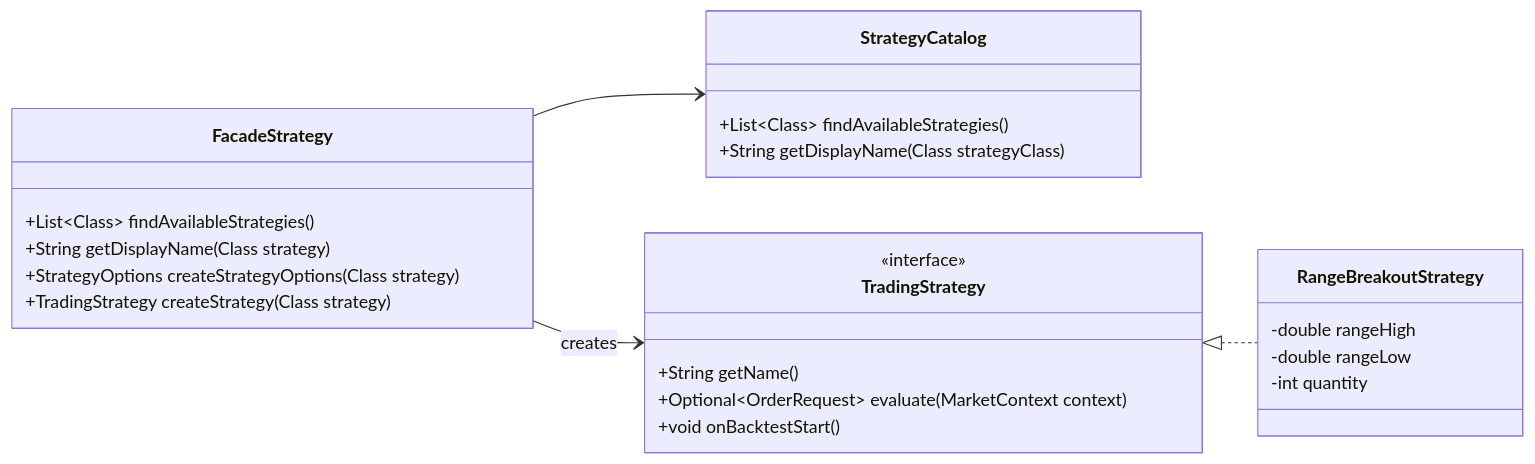
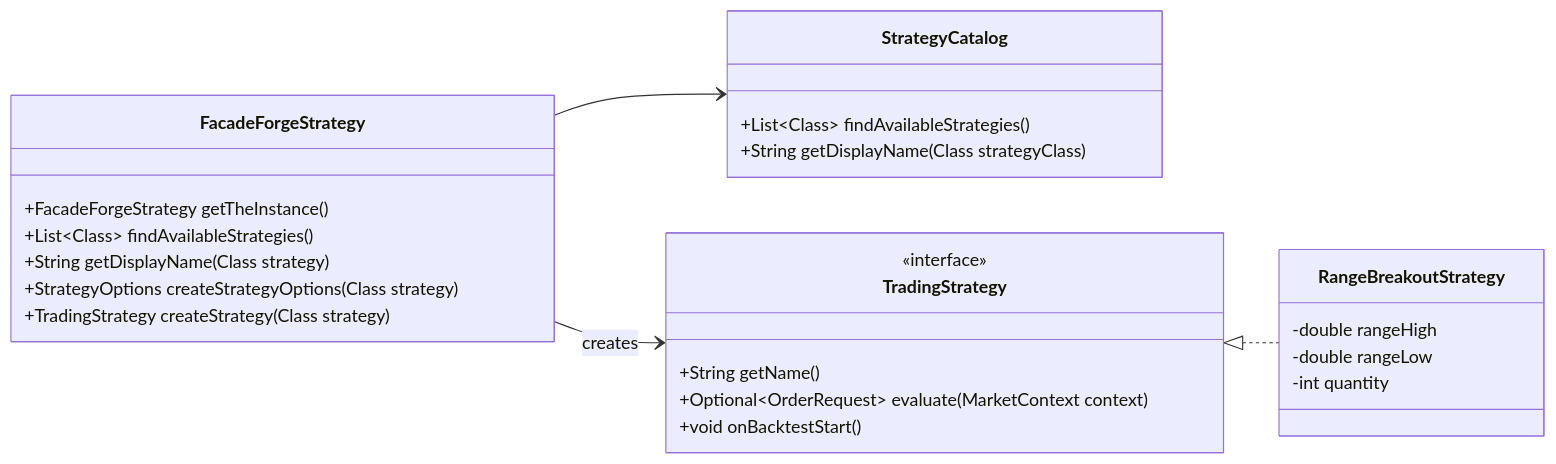
The sixth of 12 diagrams in class-model.md (probst-paul/FORGE), drawn with Mermaid before and after one commit. The commit also changed other lines of this file and 13 other files, not shown here.

First line of the commit message:
Rename facades to FacadeForge* and add singletons

````diff
--- a/class-model.md
+++ b/class-model.md
@@ -295,33 +298,34 @@
 ```mermaid
 classDiagram
     direction LR
 
-    class FacadeStrategy {
+    class FacadeForgeStrategy {
+        +FacadeForgeStrategy getTheInstance()
         +List~Class~ findAvailableStrategies()
         +String getDisplayName(Class strategy)
         +StrategyOptions createStrategyOptions(Class strategy)
         +TradingStrategy createStrategy(Class strategy)
     }
 
     class StrategyCatalog {
         +List~Class~ findAvailableStrategies()
         +String getDisplayName(Class strategyClass)
     }
 
     class TradingStrategy {
         <<interface>>
         +String getName()
         +Optional~OrderRequest~ evaluate(MarketContext context)
         +void onBacktestStart()
     }
 
     class RangeBreakoutStrategy {
         -double rangeHigh
         -double rangeLow
         -int quantity
     }
 
-    FacadeStrategy --> StrategyCatalog
-    FacadeStrategy --> TradingStrategy : creates
+    FacadeForgeStrategy --> StrategyCatalog
+    FacadeForgeStrategy --> TradingStrategy : creates
     TradingStrategy <|.. RangeBreakoutStrategy
 ```
````
